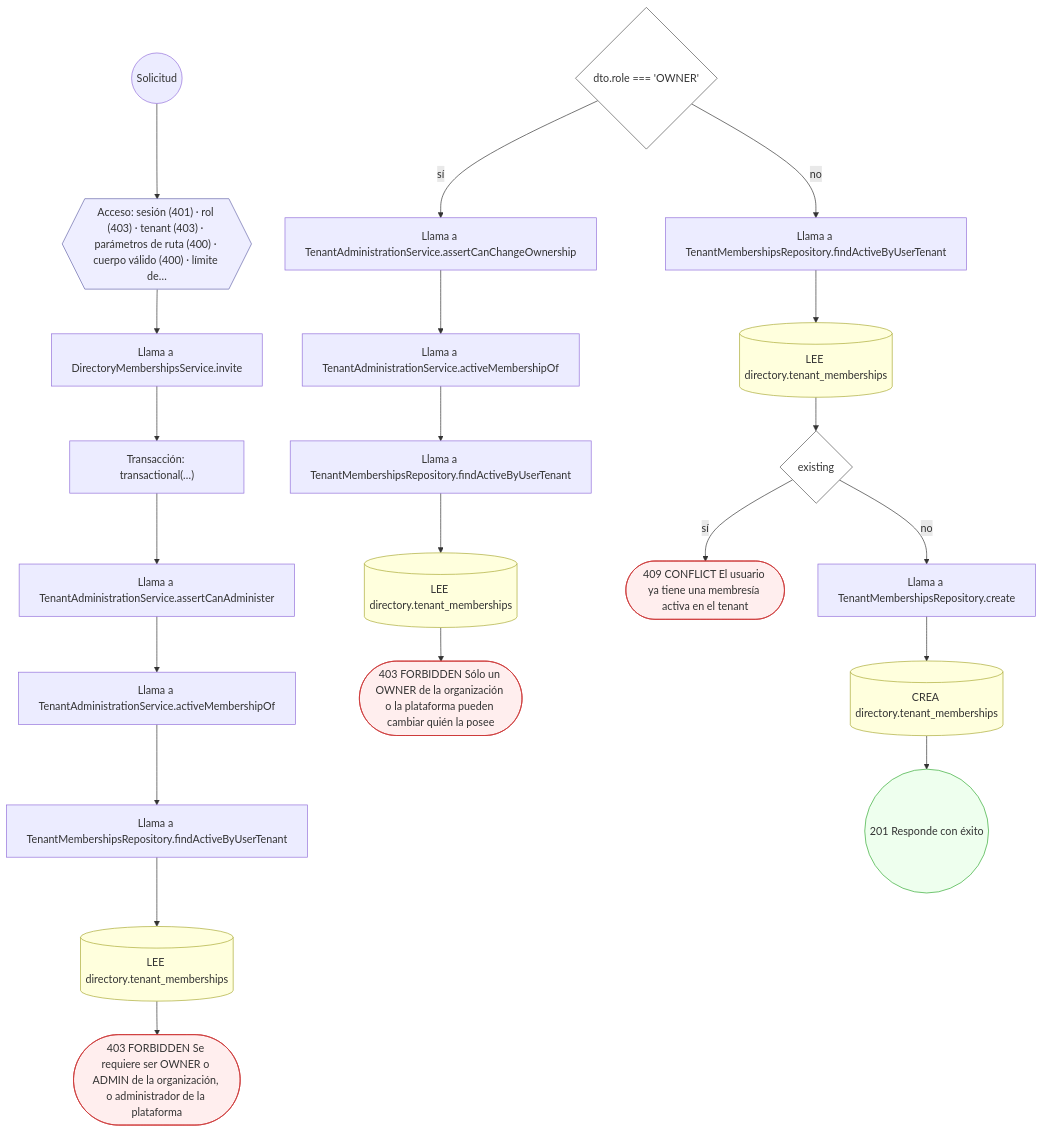
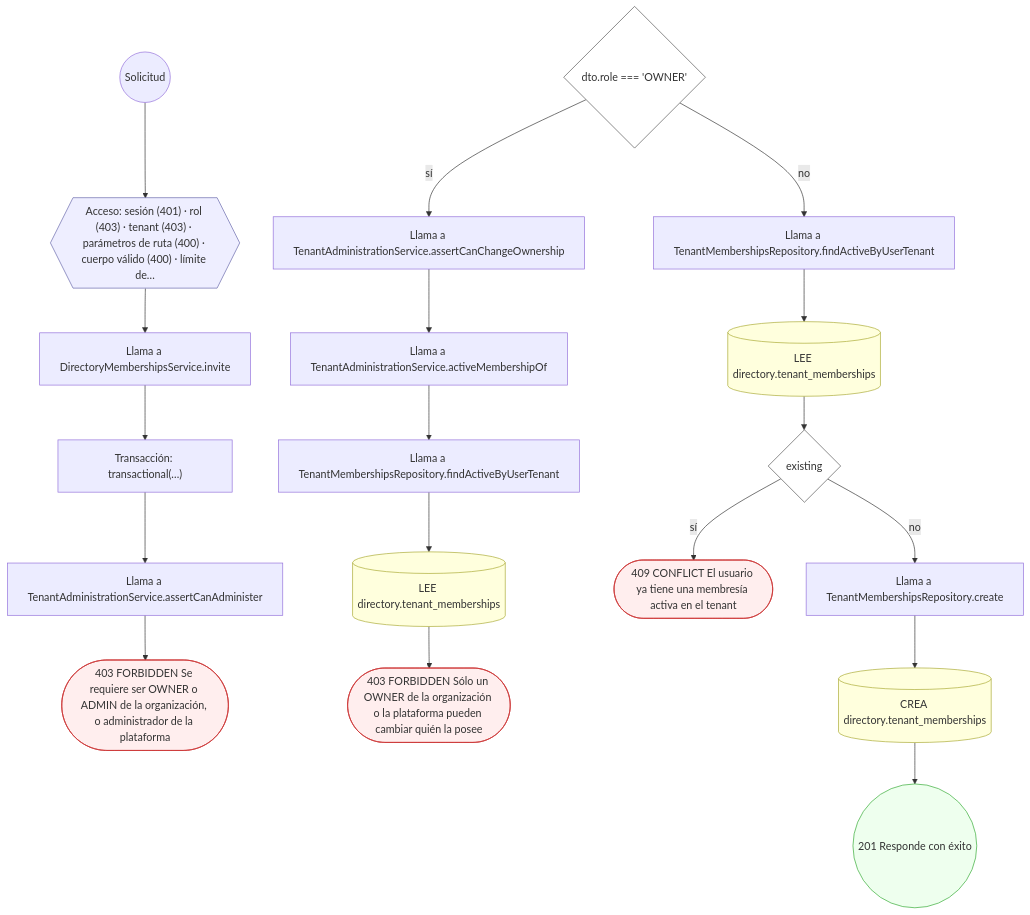
Diagram 17 of 23 in docs/inventario/flujos/directory.md (mdavila-2001/mantra-core-health-api), drawn with Mermaid before and after one commit. The commit also changed other lines of this file and 451 other files, not shown here.

````diff
--- a/docs/inventario/flujos/directory.md
+++ b/docs/inventario/flujos/directory.md
@@ -988,51 +1571,45 @@
 ```mermaid
 flowchart TD
   n1(("Solicitud")):::inicio
   n2{{"Acceso: sesión (401) · rol (403) · tenant (403) · parámetros de ruta (400) · cuerpo válido (400) · límite de…"}}:::acceso
   n1 --> n2
   n3["Llama a DirectoryMembershipsService.invite"]:::llamada
   n2 --> n3
   n4["Transacción: transactional(…)"]:::transaccion
   n3 --> n4
   n5["Llama a TenantAdministrationService.assertCanAdminister"]:::llamada
   n4 --> n5
-  n6["Llama a TenantAdministrationService.activeMembershipOf"]:::llamada
+  n6(["403 FORBIDDEN Se requiere ser OWNER o ADMIN de la organización, o administrador de la plataforma"]):::error
   n5 --> n6
-  n7["Llama a TenantMembershipsRepository.findActiveByUserTenant"]:::llamada
-  n6 --> n7
-  n8[("LEE directory.tenant_memberships")]:::efecto
-  n7 --> n8
-  n9(["403 FORBIDDEN Se requiere ser OWNER o ADMIN de la organización, o administrador de la plataforma"]):::error
+  n7{"dto.role === 'OWNER'"}:::decision
+  n8["Llama a TenantAdministrationService.assertCanChangeOwnership"]:::llamada
+  n7 -->|"sí"| n8
+  n9["Llama a TenantAdministrationService.activeMembershipOf"]:::llamada
   n8 --> n9
-  n10{"dto.role === 'OWNER'"}:::decision
-  n11["Llama a TenantAdministrationService.assertCanChangeOwnership"]:::llamada
-  n10 -->|"sí"| n11
-  n12["Llama a TenantAdministrationService.activeMembershipOf"]:::llamada
+  n10["Llama a TenantMembershipsRepository.findActiveByUserTenant"]:::llamada
+  n9 --> n10
+  n11[("LEE directory.tenant_memberships")]:::efecto
+  n10 --> n11
+  n12(["403 FORBIDDEN Sólo un OWNER de la organización o la plataforma pueden cambiar quién la posee"]):::error
   n11 --> n12
   n13["Llama a TenantMembershipsRepository.findActiveByUserTenant"]:::llamada
-  n12 --> n13
+  n7 -->|"no"| n13
   n14[("LEE directory.tenant_memberships")]:::efecto
   n13 --> n14
-  n15(["403 FORBIDDEN Sólo un OWNER de la organización o la plataforma pueden cambiar quién la posee"]):::error
+  n15{"existing"}:::decision
   n14 --> n15
-  n16["Llama a TenantMembershipsRepository.findActiveByUserTenant"]:::llamada
-  n10 -->|"no"| n16
-  n17[("LEE directory.tenant_memberships")]:::efecto
-  n16 --> n17
-  n18{"existing"}:::decision
+  n16(["409 CONFLICT El usuario ya tiene una membresía activa en el tenant"]):::error
+  n15 -->|"sí"| n16
+  n17["Llama a TenantMembershipsRepository.create"]:::llamada
+  n15 -->|"no"| n17
+  n18[("CREA directory.tenant_memberships")]:::efecto
   n17 --> n18
-  n19(["409 CONFLICT El usuario ya tiene una membresía activa en el tenant"]):::error
-  n18 -->|"sí"| n19
-  n20["Llama a TenantMembershipsRepository.create"]:::llamada
-  n18 -->|"no"| n20
-  n21[("CREA directory.tenant_memberships")]:::efecto
-  n20 --> n21
-  n22(("201 Responde con éxito")):::ok
-  n21 --> n22
+  n19(("201 Responde con éxito")):::ok
+  n18 --> n19
   classDef acceso fill:#eef,stroke:#66a
   classDef error fill:#fee,stroke:#c33
   classDef ok fill:#efe,stroke:#3a3
   classDef efecto fill:#ffd,stroke:#aa3
   classDef decision fill:#fff,stroke:#555
   classDef corte fill:#eee,stroke:#999,stroke-dasharray: 4
 ```
````
